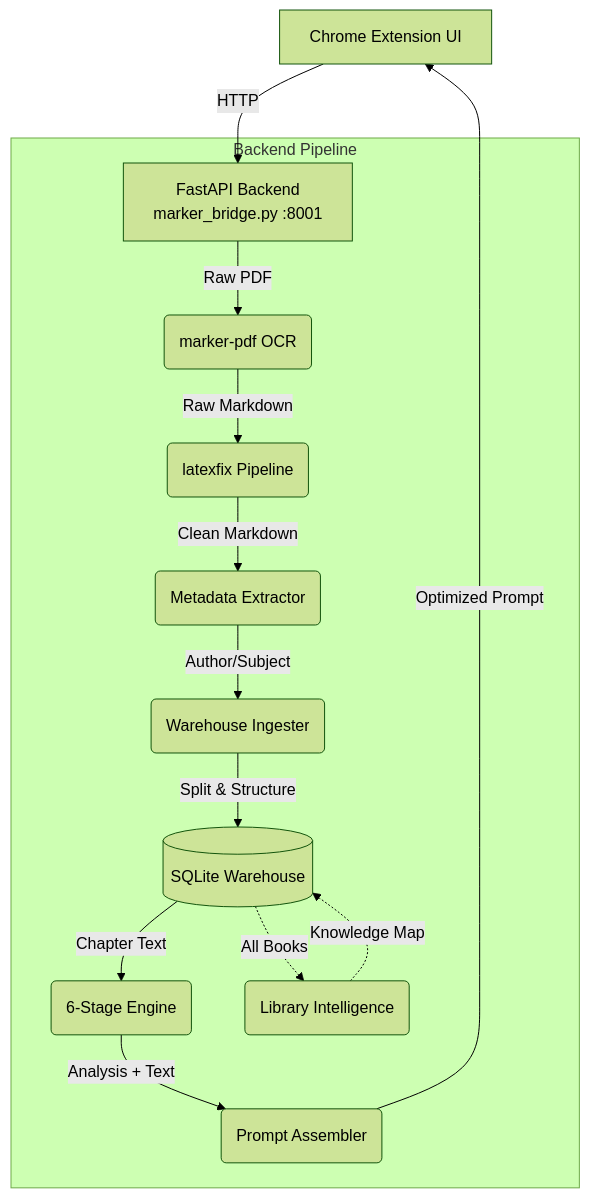
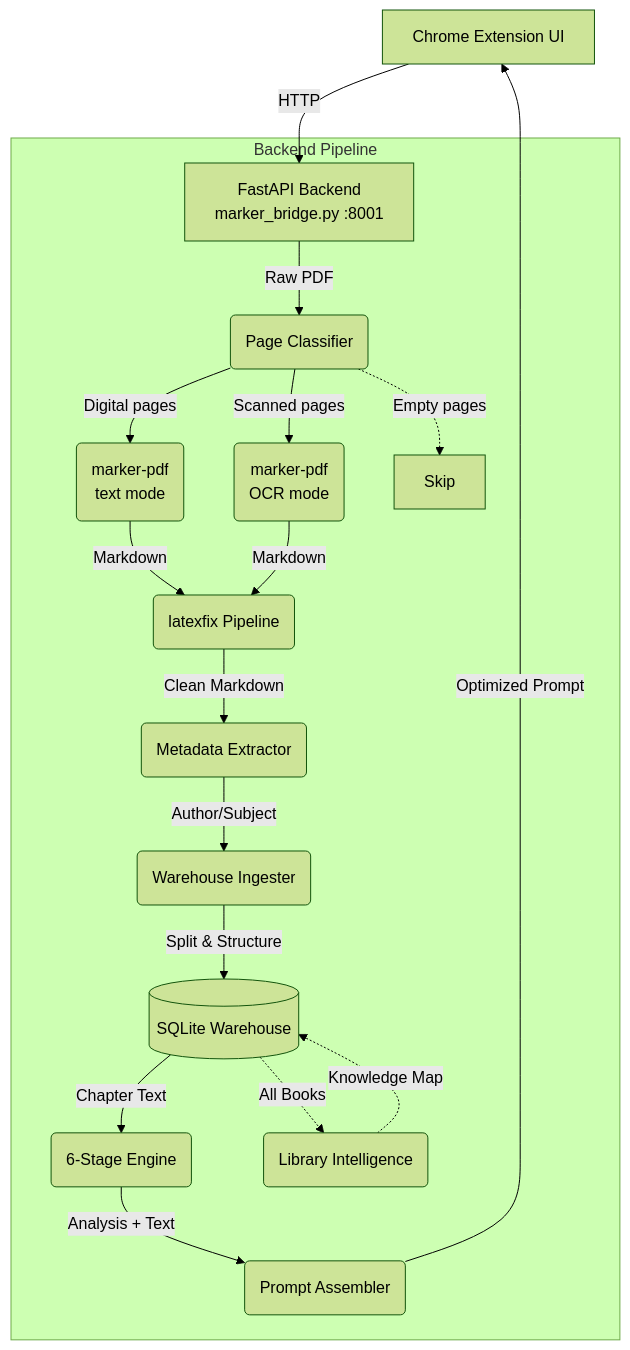
One commit to fthyco/Knowledge-Graph-Extractor-KGE- changed the first of 2 diagrams in README.md. Above: the diagram before and after it, drawn with Mermaid (forest theme). The commit also changed other lines of this file and 50 other files, not shown here.

````diff
--- a/README.md
+++ b/README.md
@@ -107,18 +108,22 @@
 ```mermaid
 graph TD
     A[Chrome Extension UI] -->|HTTP| B[FastAPI Backend<br>marker_bridge.py :8001]
     
     subgraph Backend Pipeline
-        B -->|Raw PDF| C(marker-pdf OCR)
-        C -->|Raw Markdown| D(latexfix Pipeline)
+        B -->|Raw PDF| PC(Page Classifier)
+        PC -->|Digital pages| C1(marker-pdf<br>text mode)
+        PC -->|Scanned pages| C2(marker-pdf<br>OCR mode)
+        PC -.->|Empty pages| SK[Skip]
+        C1 -->|Markdown| D(latexfix Pipeline)
+        C2 -->|Markdown| D
         D -->|Clean Markdown| M(Metadata Extractor)
         M -->|Author/Subject| E(Warehouse Ingester)
         E -->|Split & Structure| F[(SQLite Warehouse)]
         F -->|Chapter Text| G(6-Stage Engine)
         G -->|Analysis + Text| H(Prompt Assembler)
         F -.->|All Books| I(Library Intelligence)
         I -.->|Knowledge Map| F
     end
     
     H -->|Optimized Prompt| A
 ```
````
